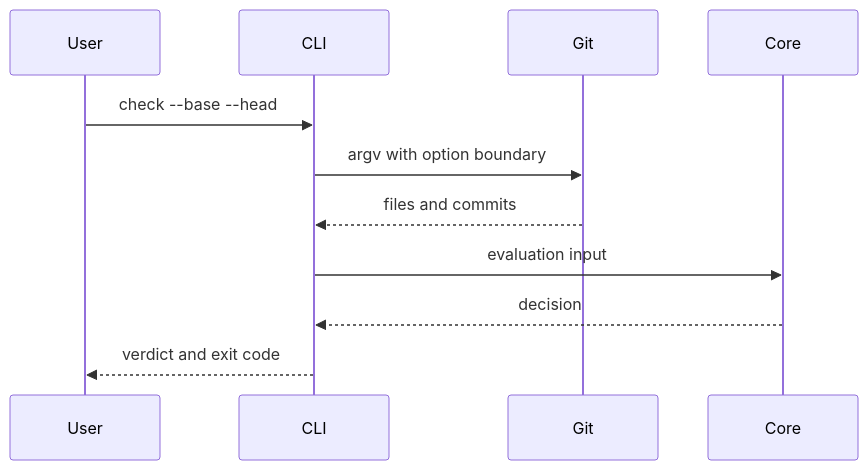
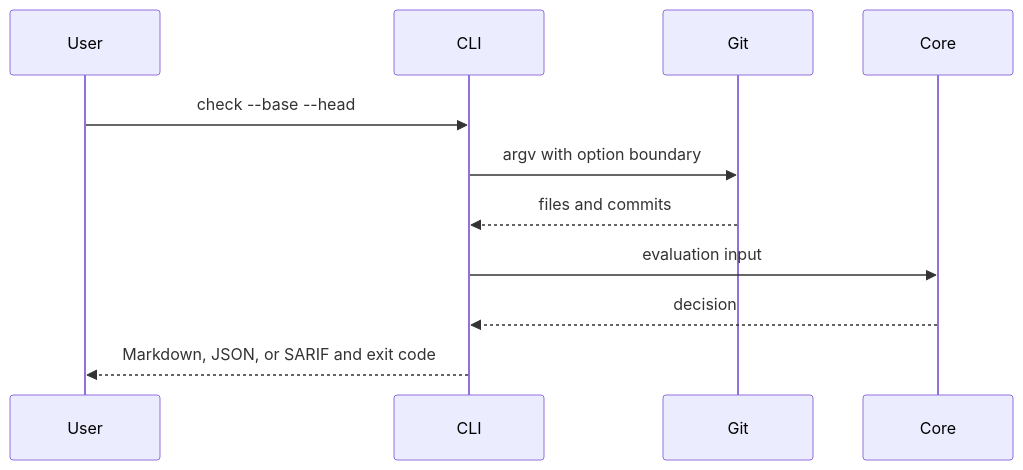
The second of 4 diagrams in packages/cli/AGENTS.md (streamentry/AGENTOWNERS), drawn with Mermaid before and after one commit. The commit also changed other lines of this file and 18 other files, not shown here.

````diff
--- a/packages/cli/AGENTS.md
+++ b/packages/cli/AGENTS.md
@@ -33,13 +33,13 @@
 ```mermaid
 sequenceDiagram
   participant User
   participant CLI
   participant Git
   participant Core
   User->>CLI: check --base --head
   CLI->>Git: argv with option boundary
   Git-->>CLI: files and commits
   CLI->>Core: evaluation input
   Core-->>CLI: decision
-  CLI-->>User: verdict and exit code
+  CLI-->>User: Markdown, JSON, or SARIF and exit code
 ```
````
